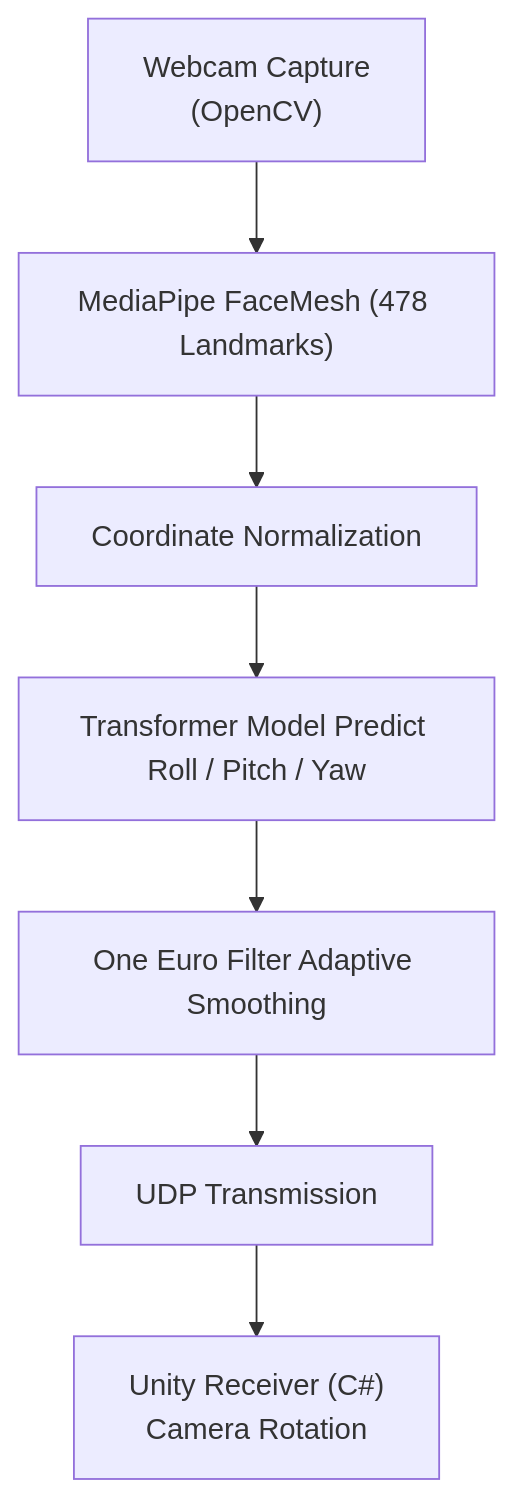
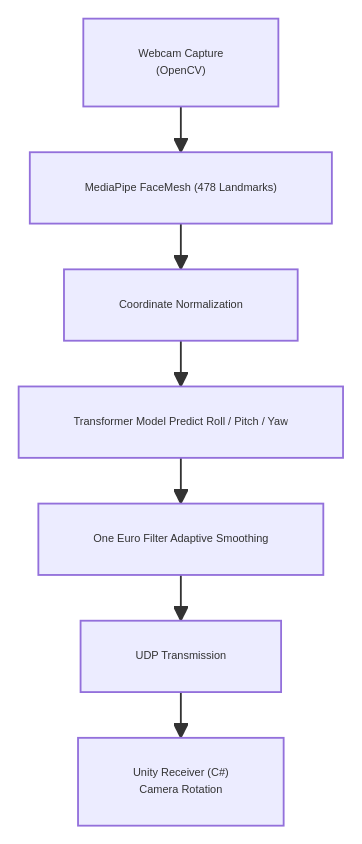
Before and after one commit to seonghwan97/Face-Tracking-Semi-Immersive-VR: the first of 3 diagrams in README.md, drawn with Mermaid. The commit also changed other lines of this file, not shown here.

````diff
--- a/README.md
+++ b/README.md
@@ -77,10 +81,21 @@
 ```mermaid
-%%{init: {'flowchart': {'htmlLabels': false, 'curve': 'basis'}, 'themeVariables': {'scale': 0.25}}}%%
+%%{init: {
+  'flowchart': {
+    'htmlLabels': false,
+    'useMaxWidth': false,
+    'curve': 'basis',
+    'nodeSpacing': 25,
+    'rankSpacing': 25
+  },
+  'themeVariables': {
+    'fontSize': '6px'
+  }
+}}%%
 flowchart TB
     A["Webcam Capture\n(OpenCV)"] --> B["MediaPipe FaceMesh (478 Landmarks)"]
     B --> C["Coordinate Normalization"]
     C --> D["Transformer Model Predict Roll / Pitch / Yaw"]
     D --> E["One Euro Filter Adaptive Smoothing"]
     E --> F["UDP Transmission"]
     F --> G["Unity Receiver (C#)\nCamera Rotation"]
 ```
````
